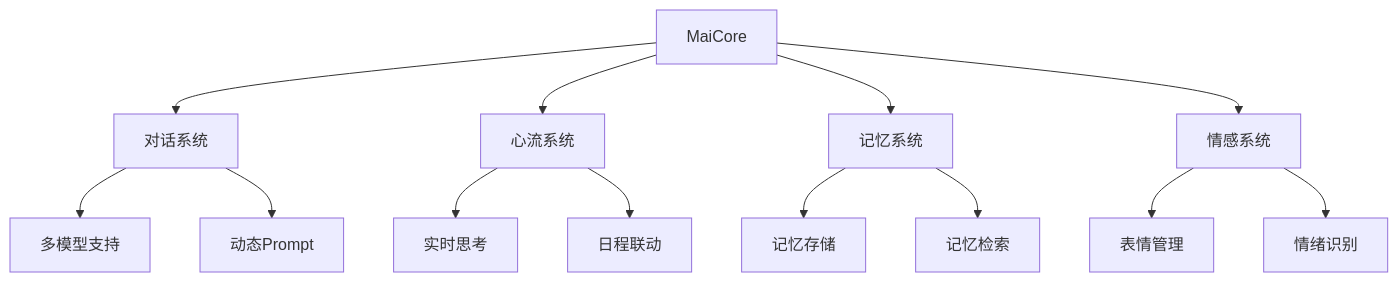
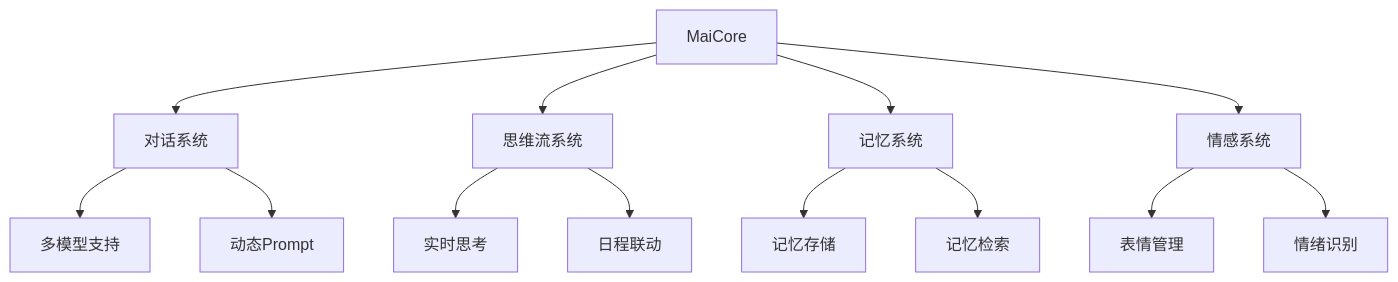
Before and after one commit to preauthn1/maibot-telegram-adapter: the diagram in README.md, drawn with Mermaid. The commit also changed other lines of this file, not shown here.

````diff
--- a/README.md
+++ b/README.md
@@ -130,15 +146,15 @@
 ```mermaid
 graph TD
     A[MaiCore] --> B[对话系统]
-    A --> C[心流系统]
+    A --> C[思维流系统]
     A --> D[记忆系统]
     A --> E[情感系统]
     B --> F[多模型支持]
     B --> G[动态Prompt]
     C --> H[实时思考]
     C --> I[日程联动]
     D --> J[记忆存储]
     D --> K[记忆检索]
     E --> L[表情管理]
     E --> M[情绪识别]
 ```
````
